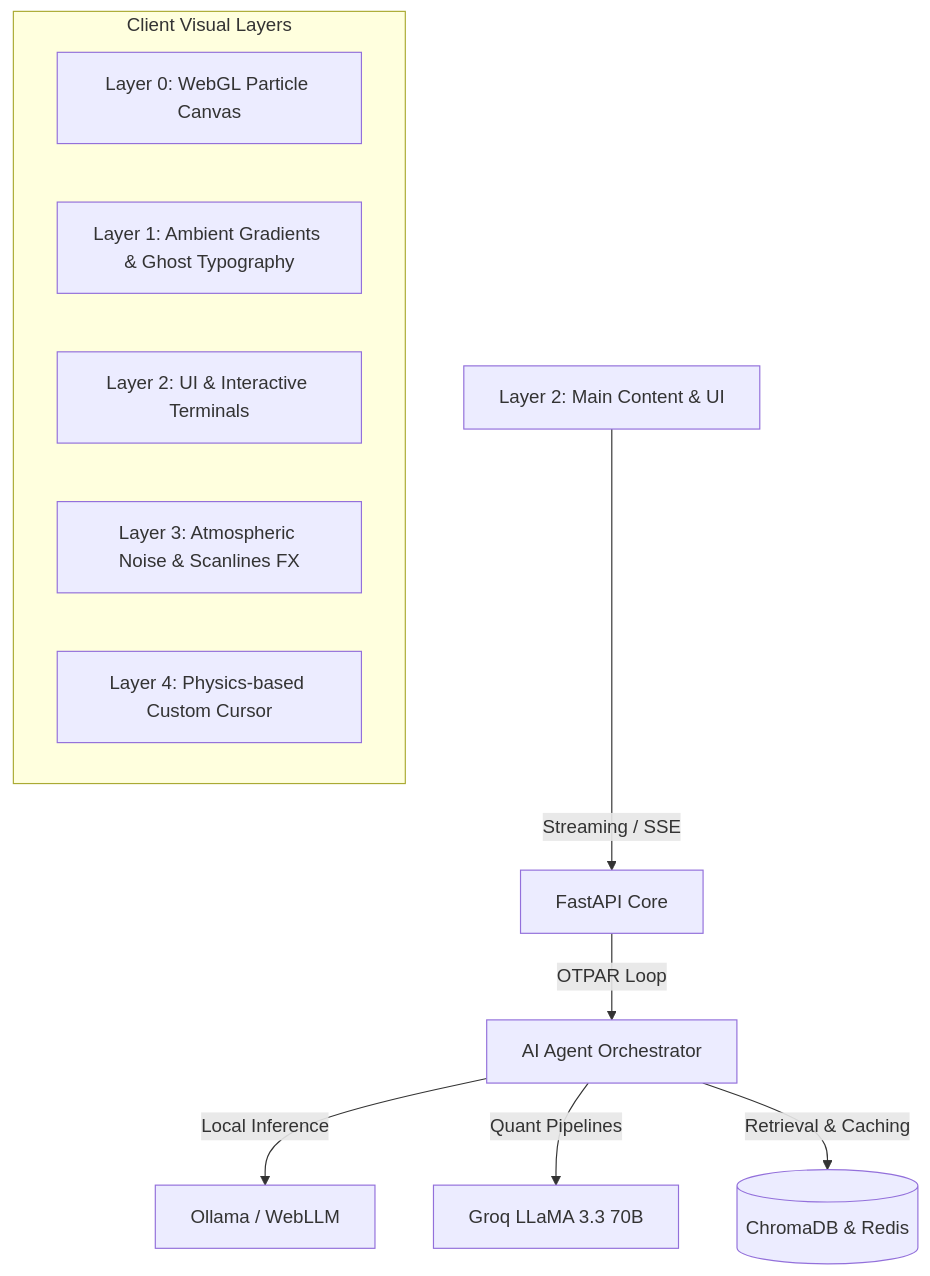
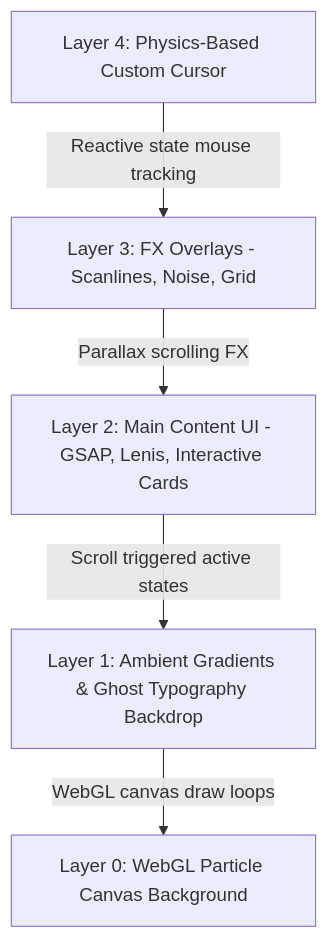
One commit to Chandradeep05/Portfolio changed the diagram in README.md. Above: the diagram before and after it, drawn with Mermaid. The commit also changed other lines of this file and 1 other file, not shown here.

Commit message:
docs: update README with live link, zero-framework flex, real architecture stack, and portfolio preview

````diff
--- a/README.md
+++ b/README.md
@@ -38,16 +44,7 @@
 ```mermaid
 graph TD
-    UI[Layer 2: Main Content & UI] -->|Streaming / SSE| Backend[FastAPI Core]
-    Backend -->|OTPAR Loop| Agent[AI Agent Orchestrator]
-    Agent -->|Local Inference| LLM[Ollama / WebLLM]
-    Agent -->|Quant Pipelines| Groq[Groq LLaMA 3.3 70B]
-    Agent -->|Retrieval & Caching| Memory[(ChromaDB & Redis)]
-    
-    subgraph Client Visual Layers
-        L0[Layer 0: WebGL Particle Canvas]
-        L1[Layer 1: Ambient Gradients & Ghost Typography]
-        L2[Layer 2: UI & Interactive Terminals]
-        L3[Layer 3: Atmospheric Noise & Scanlines FX]
-        L4[Layer 4: Physics-based Custom Cursor]
-    end
+    L4[Layer 4: Physics-Based Custom Cursor] -->|Reactive state mouse tracking| L3[Layer 3: FX Overlays - Scanlines, Noise, Grid]
+    L3 -->|Parallax scrolling FX| L2[Layer 2: Main Content UI - GSAP, Lenis, Interactive Cards]
+    L2 -->|Scroll triggered active states| L1[Layer 1: Ambient Gradients & Ghost Typography Backdrop]
+    L1 -->|WebGL canvas draw loops| L0[Layer 0: WebGL Particle Canvas Background]
 ```
````
